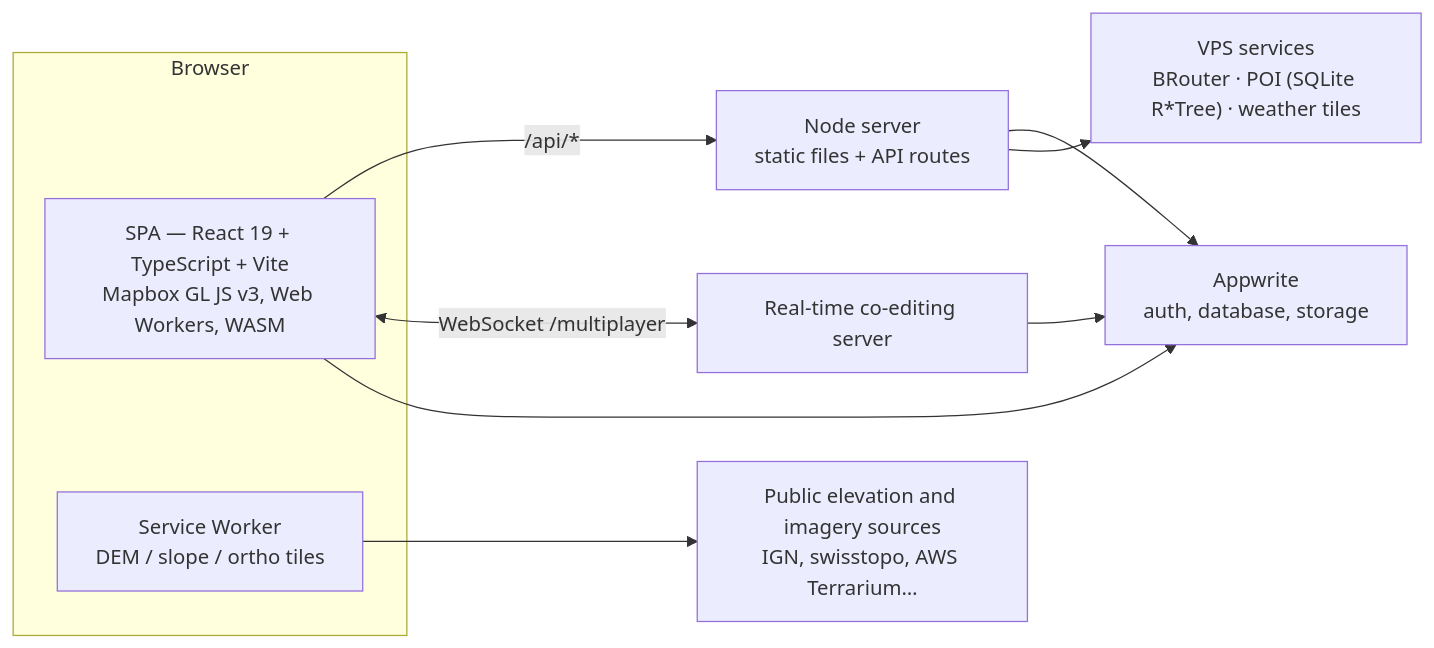
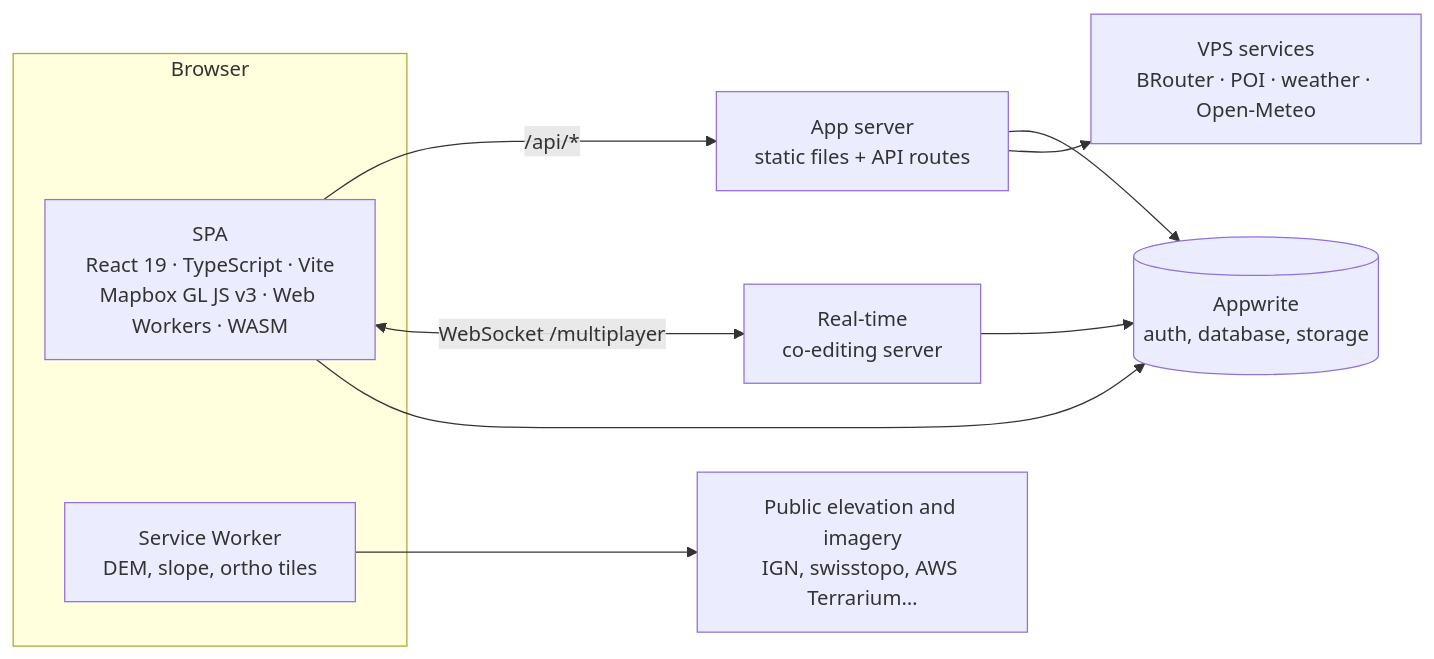
One commit to RedView-lab/RedView-App changed the diagram in README.md. Above: the diagram before and after it, drawn with Mermaid. The commit also changed other lines of this file and 4 other files, not shown here.

````diff
--- a/README.md
+++ b/README.md
@@ -27,14 +59,14 @@
 ```mermaid
 flowchart LR
   subgraph Browser
-    SPA["SPA — React 19 + TypeScript + Vite<br/>Mapbox GL JS v3, Web Workers, WASM"]
-    SW["Service Worker<br/>DEM / slope / ortho tiles"]
+    SPA["SPA<br/>React 19 · TypeScript · Vite<br/>Mapbox GL JS v3 · Web Workers · WASM"]
+    SW["Service Worker<br/>DEM, slope, ortho tiles"]
   end
-  SPA -->|/api/*| API["Node server<br/>static files + API routes"]
-  SPA <-->|WebSocket /multiplayer| MP["Real-time co-editing server"]
-  SPA --> AW["Appwrite<br/>auth, database, storage"]
+  SPA -->|/api/*| API["App server<br/>static files + API routes"]
+  SPA <-->|WebSocket /multiplayer| MP["Real-time<br/>co-editing server"]
+  SPA --> AW[("Appwrite<br/>auth, database, storage")]
   API --> AW
   MP --> AW
-  API --> VPS["VPS services<br/>BRouter · POI (SQLite R*Tree) · weather tiles"]
-  SW --> GEO["Public elevation and imagery sources<br/>IGN, swisstopo, AWS Terrarium…"]
+  API --> VPS["VPS services<br/>BRouter · POI · weather · Open-Meteo"]
+  SW --> GEO["Public elevation and imagery<br/>IGN, swisstopo, AWS Terrarium…"]
 ```
````
